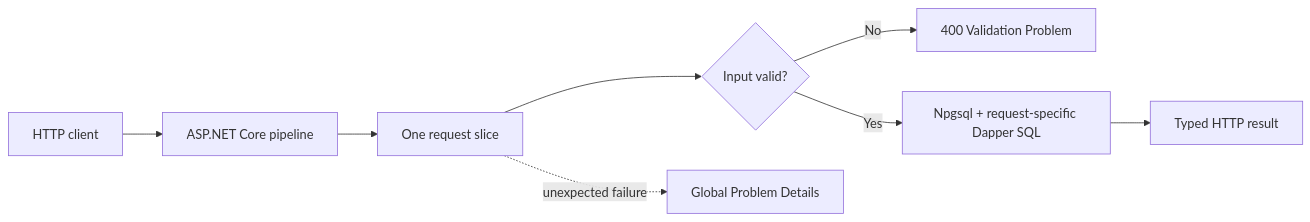
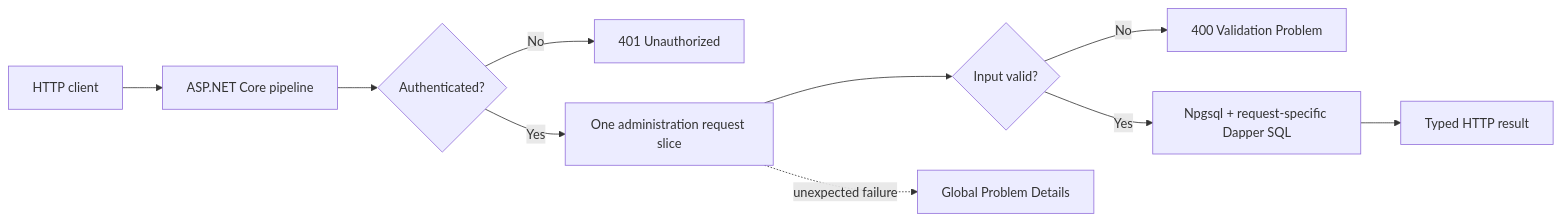
The diagram in docs/architecture.mdx (therissole/symphony-test-1), drawn with Mermaid before and after one commit. The commit also changed other lines of this file and 91 other files, not shown here.

````diff
--- a/docs/architecture.mdx
+++ b/docs/architecture.mdx
@@ -39,10 +39,12 @@
 ```mermaid
 flowchart LR
     Client["HTTP client"] --> Pipeline["ASP.NET Core pipeline"]
-    Pipeline --> Slice["One request slice"]
+    Pipeline --> Authentication{"Authenticated?"}
+    Authentication -->|No| Unauthorized["401 Unauthorized"]
+    Authentication -->|Yes| Slice["One administration request slice"]
     Slice --> Validation{"Input valid?"}
     Validation -->|No| ValidationProblem["400 Validation Problem"]
     Validation -->|Yes| Database["Npgsql + request-specific Dapper SQL"]
     Database --> Result["Typed HTTP result"]
     Slice -. unexpected failure .-> ProblemDetails["Global Problem Details"]
 ```
````
